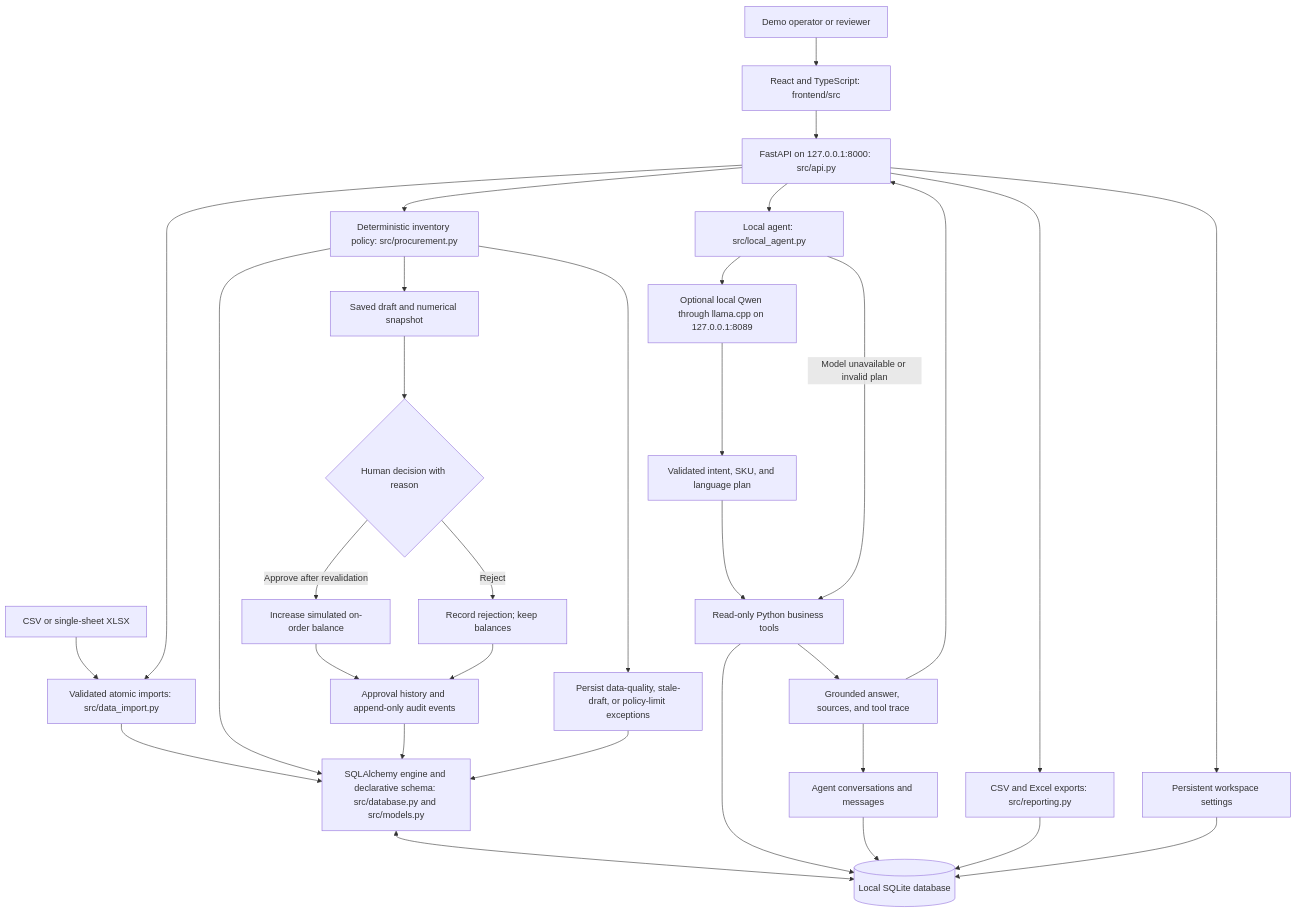
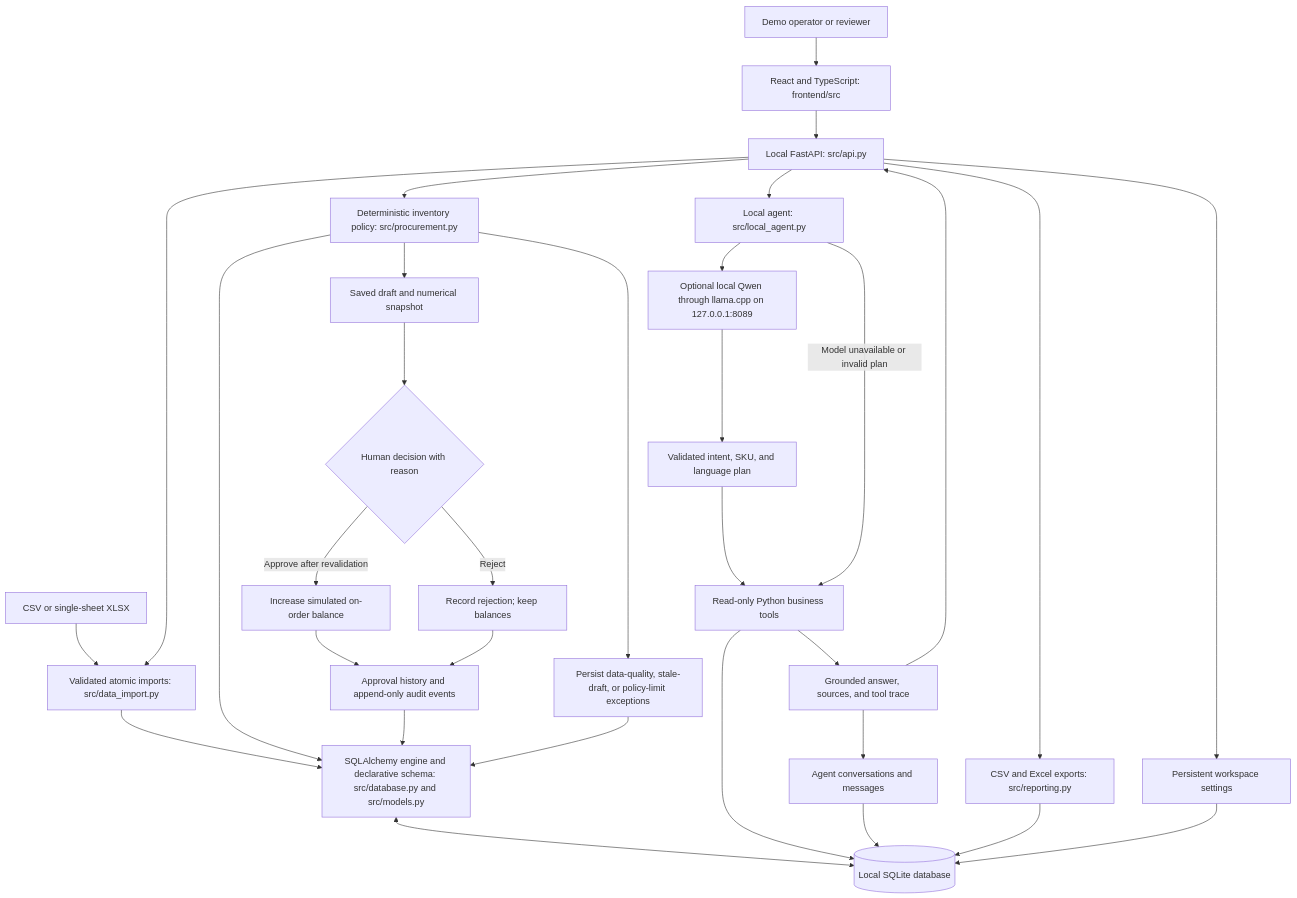
The first of 2 diagrams in docs/ARCHITECTURE.md (yennhinguyenuit/procureflow-ai), drawn with Mermaid before and after one commit. The commit also changed other lines of this file and 66 other files, not shown here.

````diff
--- a/docs/ARCHITECTURE.md
+++ b/docs/ARCHITECTURE.md
@@ -7,34 +7,34 @@
 ```mermaid
 flowchart TD
     User[Demo operator or reviewer] --> UI[React and TypeScript: frontend/src]
-    UI --> API[FastAPI on 127.0.0.1:8000: src/api.py]
+    UI --> API[Local FastAPI: src/api.py]
     Files[CSV or single-sheet XLSX] --> Import[Validated atomic imports: src/data_import.py]
     API --> Import
     Import --> Storage[SQLAlchemy engine and declarative schema: src/database.py and src/models.py]
     Storage <--> DB[(Local SQLite database)]
     API --> Policy[Deterministic inventory policy: src/procurement.py]
     Policy --> Storage
     Policy --> Draft[Saved draft and numerical snapshot]
     Draft --> Review{Human decision with reason}
     Review -->|Approve after revalidation| Inbound[Increase simulated on-order balance]
     Review -->|Reject| Rejected[Record rejection; keep balances]
     Inbound --> Evidence[Approval history and append-only audit events]
     Rejected --> Evidence
     Policy --> Exceptions[Persist data-quality, stale-draft, or policy-limit exceptions]
     Evidence --> Storage
     Exceptions --> Storage
     API --> Agent[Local agent: src/local_agent.py]
     Agent --> Model[Optional local Qwen through llama.cpp on 127.0.0.1:8089]
     Model --> Plan[Validated intent, SKU, and language plan]
     Plan --> Tools[Read-only Python business tools]
     Agent -->|Model unavailable or invalid plan| Tools
     Tools --> DB
     Tools --> Answer[Grounded answer, sources, and tool trace]
     Answer --> Memory[Agent conversations and messages]
     Memory --> DB
     Answer --> API
     API --> Reports[CSV and Excel exports: src/reporting.py]
     Reports --> DB
     API --> Settings[Persistent workspace settings]
     Settings --> DB
 ```
````
